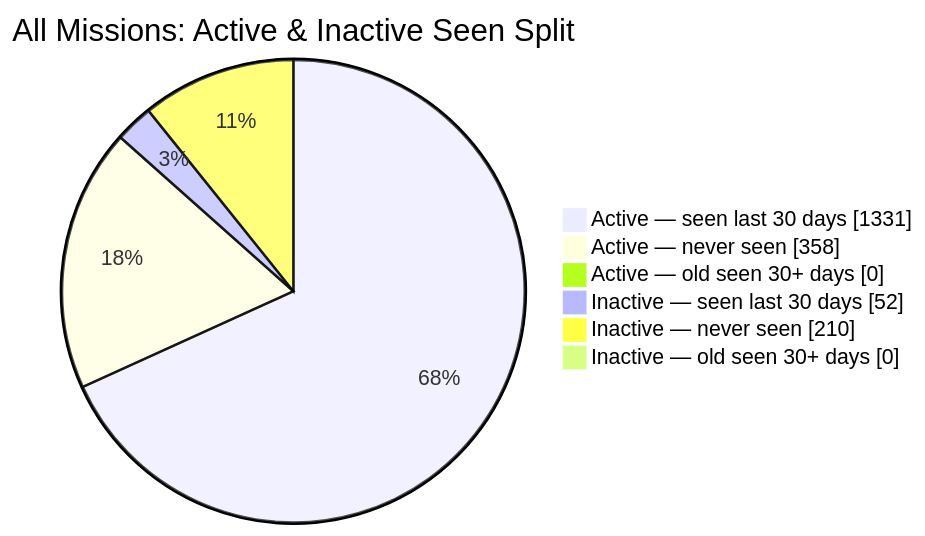
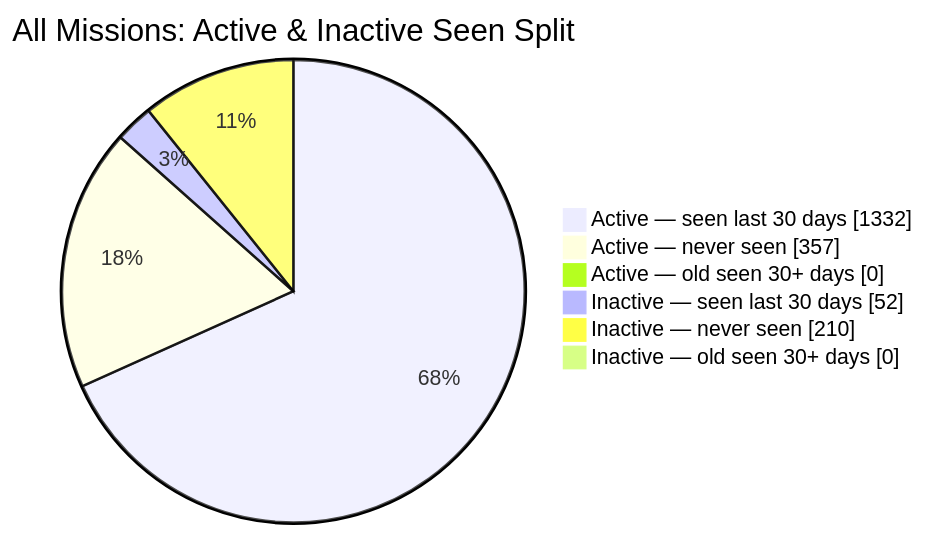
The second of 2 diagrams in README.md (MeldkamerspelGameTeam/active-missions), drawn with Mermaid before and after one commit. The commit also changed other lines of this file and 2 other files, not shown here.

````diff
--- a/README.md
+++ b/README.md
@@ -44,10 +44,10 @@
 ```mermaid
 pie showData
     title All Missions: Active & Inactive Seen Split
-    "Active — seen last 30 days" : 1331
-    "Active — never seen" : 358
+    "Active — seen last 30 days" : 1332
+    "Active — never seen" : 357
     "Active — old seen 30+ days" : 0
     "Inactive — seen last 30 days" : 52
     "Inactive — never seen" : 210
     "Inactive — old seen 30+ days" : 0
 ```
````
